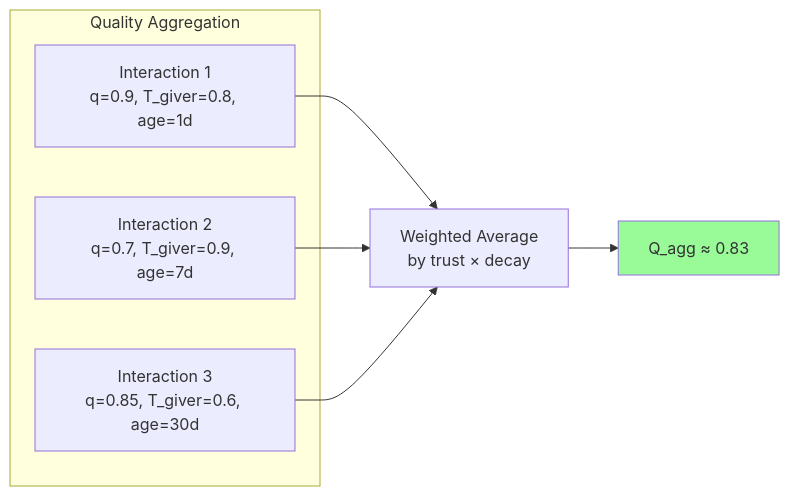
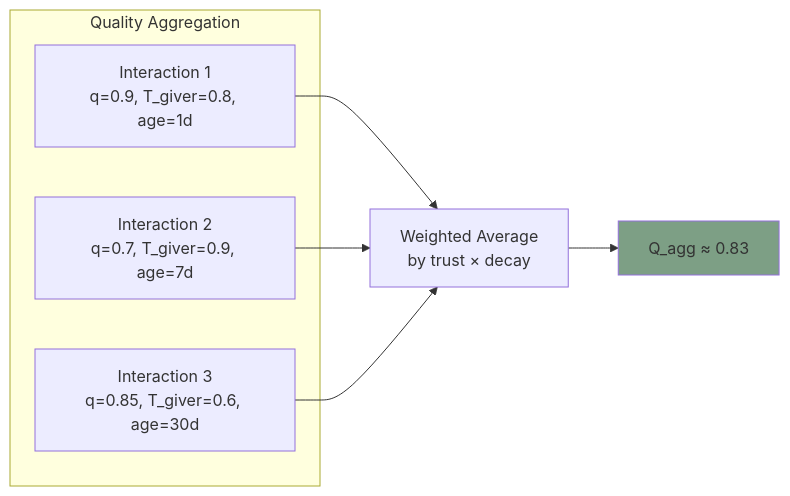
One commit to ScopeCreep-zip/Symbiont changed the second of 6 diagrams in docs/protocol/trust-computation.md. Above: the diagram before and after it, drawn with Mermaid. The commit also changed other lines of this file and 17 other files, not shown here.

Commit message:
update to diagram colors

````diff
--- a/docs/protocol/trust-computation.md
+++ b/docs/protocol/trust-computation.md
@@ -123,17 +123,17 @@
 ```mermaid
 graph LR
     subgraph "Quality Aggregation"
         I1["Interaction 1<br/>q=0.9, T_giver=0.8, age=1d"]
         I2["Interaction 2<br/>q=0.7, T_giver=0.9, age=7d"]
         I3["Interaction 3<br/>q=0.85, T_giver=0.6, age=30d"]
     end
 
     I1 --> AGG
     I2 --> AGG
     I3 --> AGG
 
     AGG["Weighted Average<br/>by trust × decay"]
     AGG --> Q["Q_agg ≈ 0.83"]
 
-    style Q fill:#98FB98
+    style Q fill:#7d9f85
 ```
````
